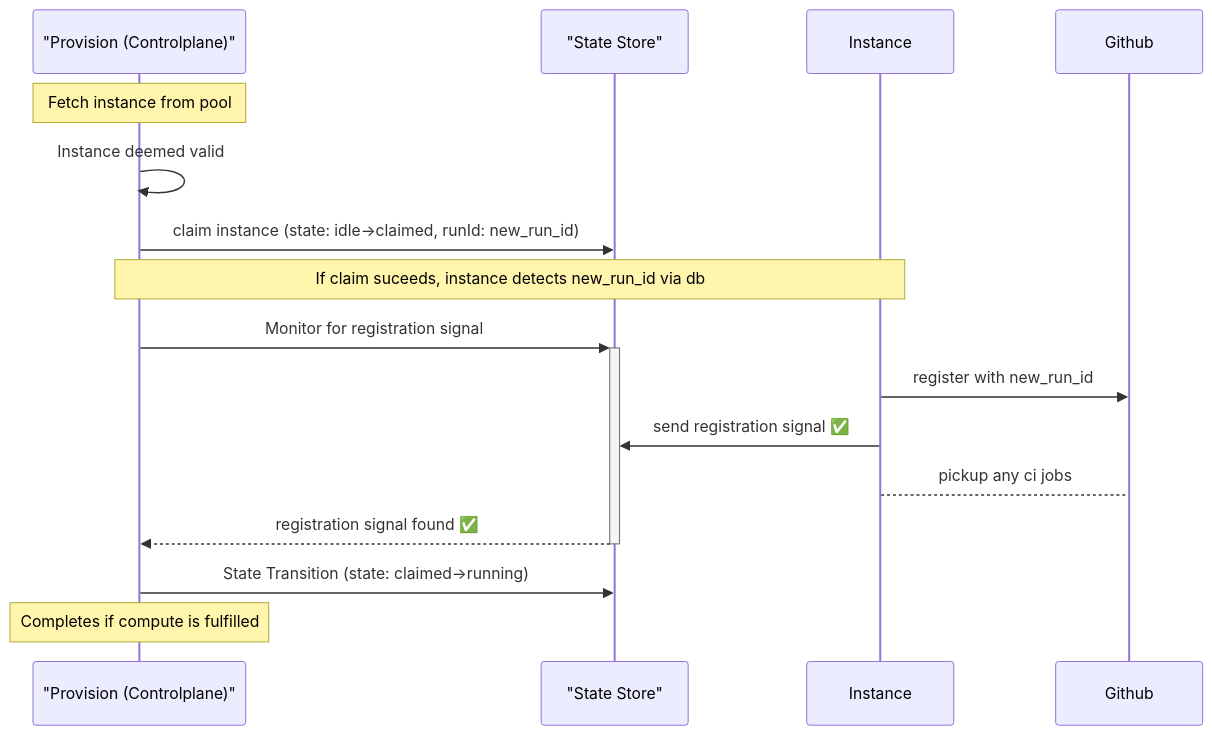
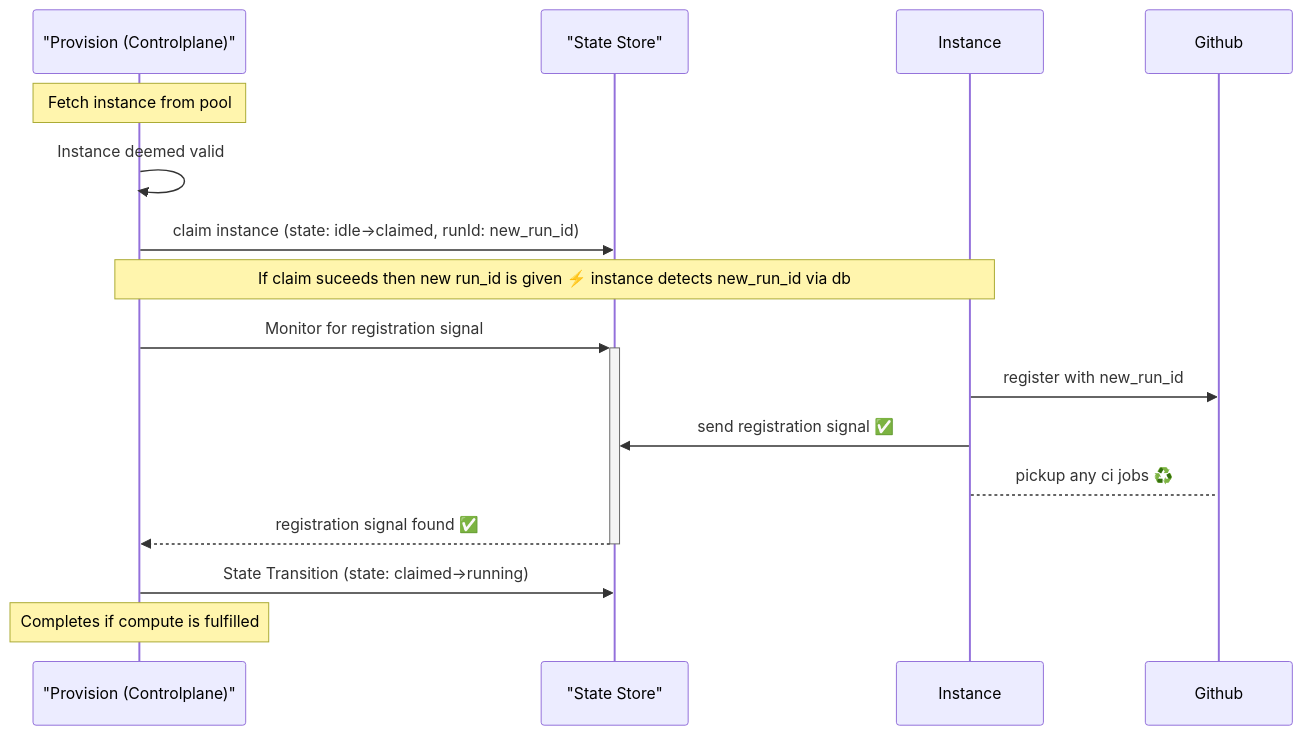
Before and after one commit to fleet-actions/ec2-runner-pool-manager: the fourth of 6 diagrams in docs/architecture/overview.md, drawn with Mermaid. The commit also changed other lines of this file and 1 other file, not shown here.

Commit message:
docs(architecture): enhance architecture overview diagrams

````diff
--- a/docs/architecture/overview.md
+++ b/docs/architecture/overview.md
@@ -270,22 +270,22 @@
     ```mermaid
     sequenceDiagram
         participant Controlplane as "Provision (Controlplane)"
         participant DynamoDB as "State Store"
         participant Instance
         participant Github
 
         Note over Controlplane: Fetch instance from pool
         Controlplane->>Controlplane: Instance deemed valid
         
         Controlplane->>DynamoDB: claim instance (state: idle->claimed, runId: new_run_id)
-        Note over Controlplane, Instance: If claim suceeds, instance detects new_run_id via db
+        Note over Controlplane, Instance: If claim suceeds then new run_id is given ⚡️ instance detects new_run_id via db
         Controlplane->>+DynamoDB: Monitor for registration signal
         
         Instance->>Github: register with new_run_id
         Instance->>DynamoDB: send registration signal ✅
-        Instance-->Github: pickup any ci jobs
+        Instance-->Github: pickup any ci jobs ♻️
         DynamoDB-->>-Controlplane: registration signal found ✅
         
         Controlplane->>DynamoDB: State Transition (state: claimed->running)
         Note over Controlplane: Completes if compute is fulfilled
     ```
````
